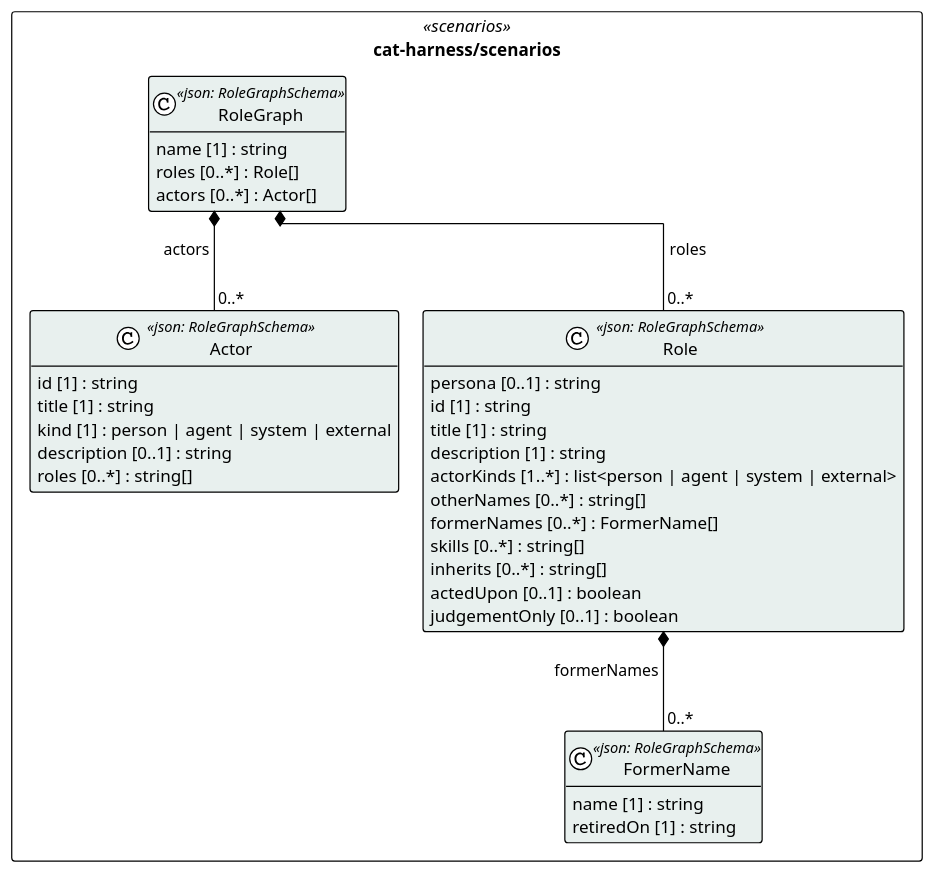
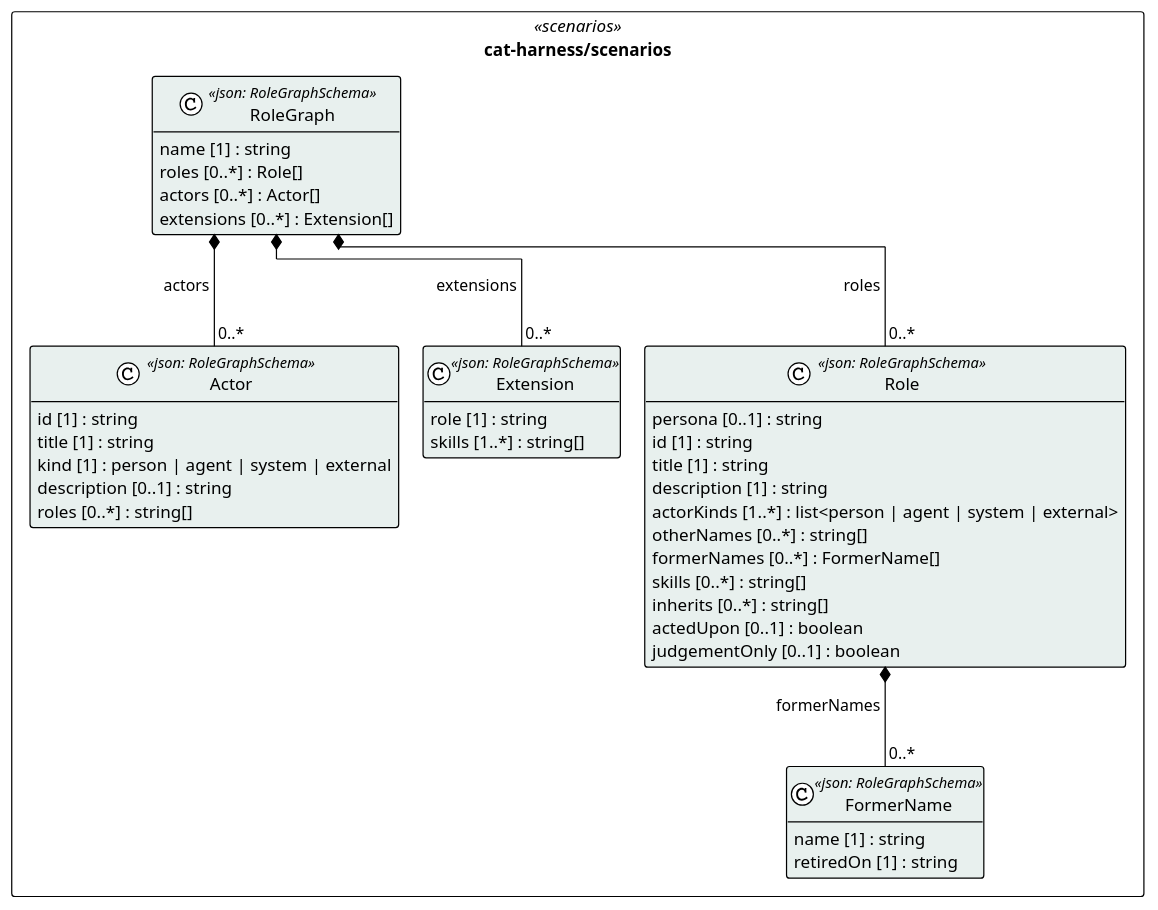
The diagram in cat-harness/uml/overview/cat-harness/scenarios.puml (litlfred/folio-assistant), drawn with PlantUML before and after one commit. The commit also changed 405 other files, not shown here.

```diff
--- a/cat-harness/uml/overview/cat-harness/scenarios.puml
+++ b/cat-harness/uml/overview/cat-harness/scenarios.puml
@@ -3,44 +3,50 @@
 @startuml cat_harness_scenarios
 !pragma layout elk
 !theme plain
 skinparam classAttributeIconSize 0
 skinparam shadowing false
 skinparam packageStyle rectangle
 hide empty methods
 
 package "cat-harness/scenarios" as pkg_cat_harness_scenarios <<scenarios>> {
   class "FormerName" as cat_harness_scenarios_FormerName <<json: RoleGraphSchema>> #e8f0ee {
     name [1] : string
     retiredOn [1] : string
   }
   class "Role" as cat_harness_scenarios_Role <<json: RoleGraphSchema>> #e8f0ee {
     persona [0..1] : string
     id [1] : string
     title [1] : string
     description [1] : string
     actorKinds [1..*] : list<person | agent | system | external>
     otherNames [0..*] : string[]
     formerNames [0..*] : FormerName[]
     skills [0..*] : string[]
     inherits [0..*] : string[]
     actedUpon [0..1] : boolean
     judgementOnly [0..1] : boolean
   }
   class "Actor" as cat_harness_scenarios_Actor <<json: RoleGraphSchema>> #e8f0ee {
     id [1] : string
     title [1] : string
     kind [1] : person | agent | system | external
     description [0..1] : string
     roles [0..*] : string[]
   }
+  class "Extension" as cat_harness_scenarios_Extension <<json: RoleGraphSchema>> #e8f0ee {
+    role [1] : string
+    skills [1..*] : string[]
+  }
   class "RoleGraph" as cat_harness_scenarios_RoleGraph <<json: RoleGraphSchema>> #e8f0ee {
     name [1] : string
     roles [0..*] : Role[]
     actors [0..*] : Actor[]
+    extensions [0..*] : Extension[]
   }
 }
 
 cat_harness_scenarios_Role *-- "0..*" cat_harness_scenarios_FormerName : formerNames
 cat_harness_scenarios_RoleGraph *-- "0..*" cat_harness_scenarios_Role : roles
 cat_harness_scenarios_RoleGraph *-- "0..*" cat_harness_scenarios_Actor : actors
+cat_harness_scenarios_RoleGraph *-- "0..*" cat_harness_scenarios_Extension : extensions
 @enduml
```
